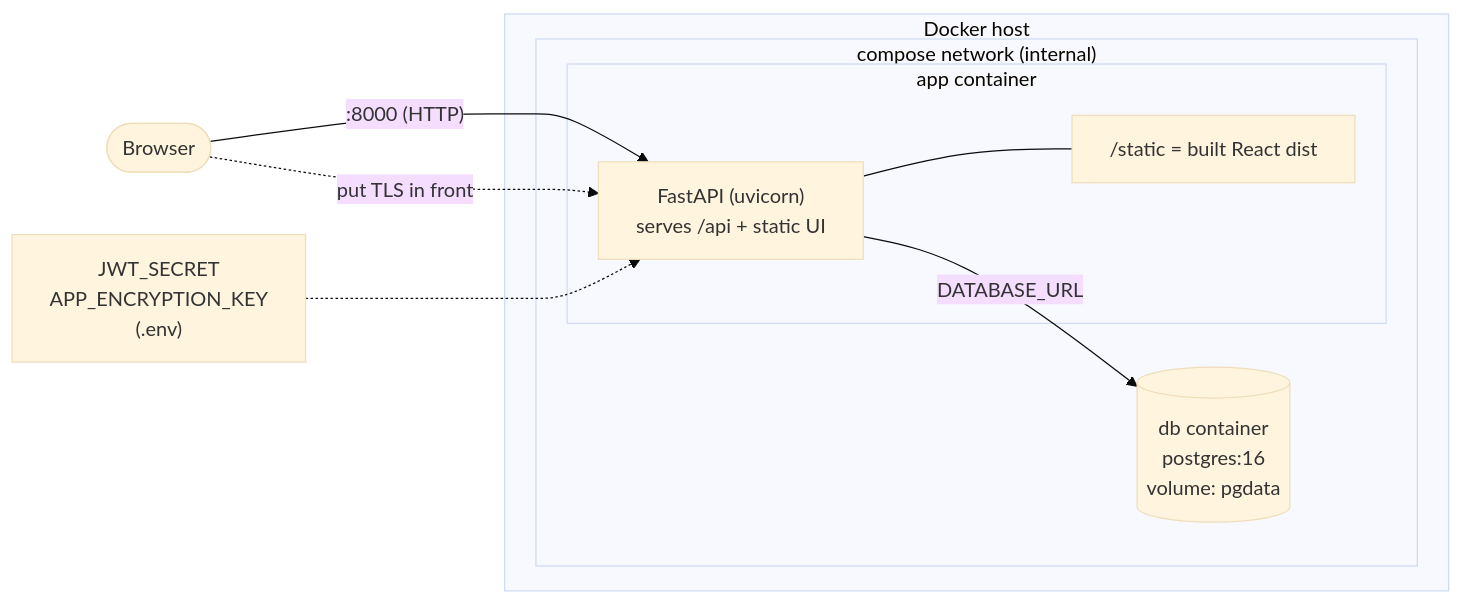
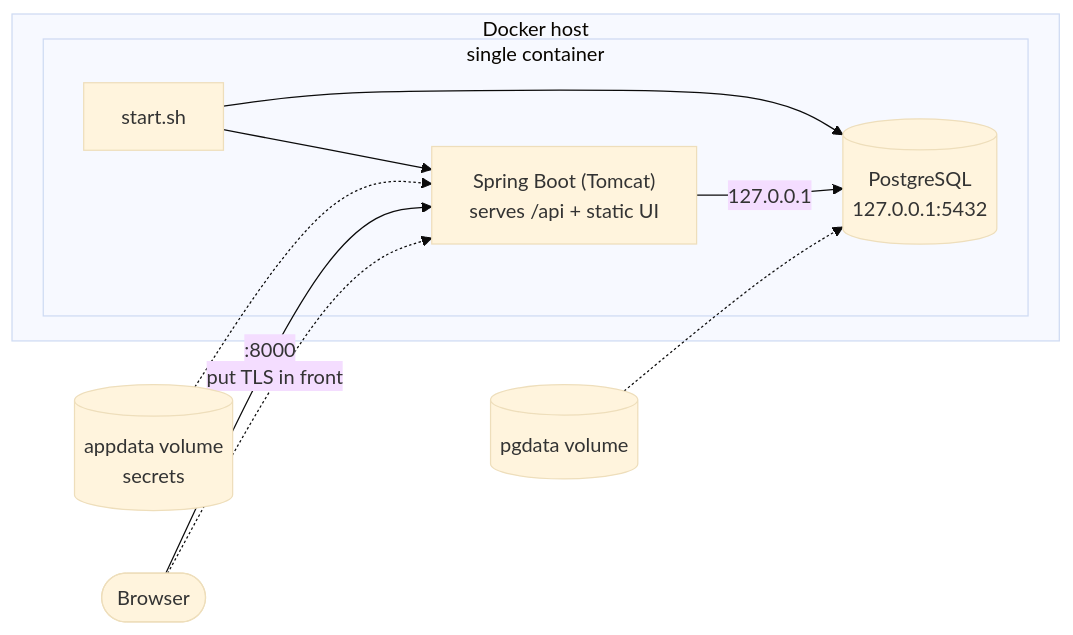
The second of 7 diagrams in docs/ARCHITECTURE.md (rishabh750/quiz), drawn with Mermaid (base theme) before and after one commit. The commit also changed other lines of this file and 83 other files, not shown here.

````diff
--- a/docs/ARCHITECTURE.md
+++ b/docs/ARCHITECTURE.md
@@ -69,21 +71,20 @@
 ```mermaid
 graph LR
   User(["Browser"])
 
   subgraph Host["Docker host"]
-    subgraph Net["compose network (internal)"]
-      subgraph App["app container"]
-        S["FastAPI (uvicorn)<br/>serves /api + static UI"]
-        ST["/static = built React dist"]
-        S --- ST
-      end
-      DB[("db container<br/>postgres:16<br/>volume: pgdata")]
-      S -->|DATABASE_URL| DB
+    subgraph C["single container"]
+      SH["start.sh"]
+      S["Spring Boot (Tomcat)<br/>serves /api + static UI"]
+      DB[("PostgreSQL<br/>127.0.0.1:5432")]
+      SH --> DB
+      SH --> S
+      S -->|127.0.0.1| DB
     end
   end
 
-  User -->|":8000 (HTTP)"| S
+  V1[("pgdata volume")] -.-> DB
+  V2[("appdata volume<br/>secrets")] -.-> S
+  User -->|":8000"| S
   User -. put TLS in front .-> S
-
-  ENV["JWT_SECRET<br/>APP_ENCRYPTION_KEY<br/>(.env)"] -.-> S
 ```
````
